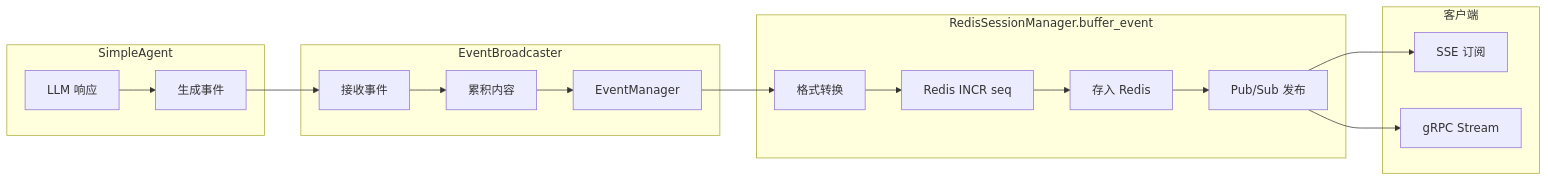
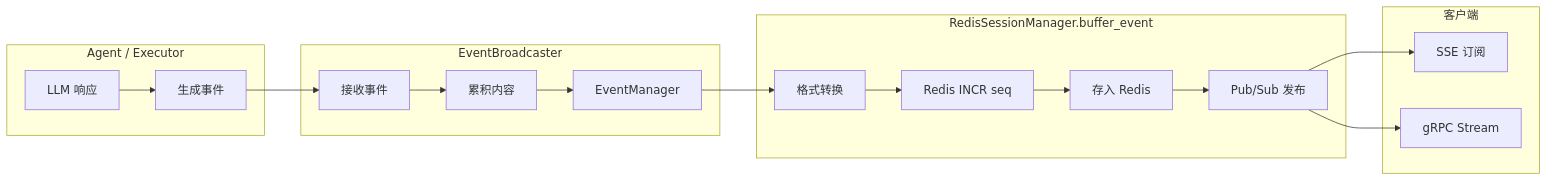
The sixth of 6 diagrams in docs/architecture/SYSTEM_ARCHITECTURE.md (malue-ai/dazee-small), drawn with Mermaid before and after one commit. The commit also changed other lines of this file and 704 other files, not shown here.

````diff
--- a/docs/architecture/SYSTEM_ARCHITECTURE.md
+++ b/docs/architecture/SYSTEM_ARCHITECTURE.md
@@ -487,27 +671,27 @@
 ```mermaid
 flowchart LR
-    subgraph agent [SimpleAgent]
+    subgraph agent [Agent / Executor]
         A1[LLM 响应] --> A2[生成事件]
     end
 
     subgraph broadcaster [EventBroadcaster]
         B1[接收事件] --> B2[累积内容]
         B2 --> B3[EventManager]
     end
 
     subgraph storage [RedisSessionManager.buffer_event]
         S1[格式转换] --> S2[Redis INCR seq]
         S2 --> S3[存入 Redis]
         S3 --> S4[Pub/Sub 发布]
     end
 
     subgraph client [客户端]
         C1[SSE 订阅]
         C2[gRPC Stream]
     end
 
     A2 --> B1
     B3 --> S1
     S4 --> C1
     S4 --> C2
 ```
````
